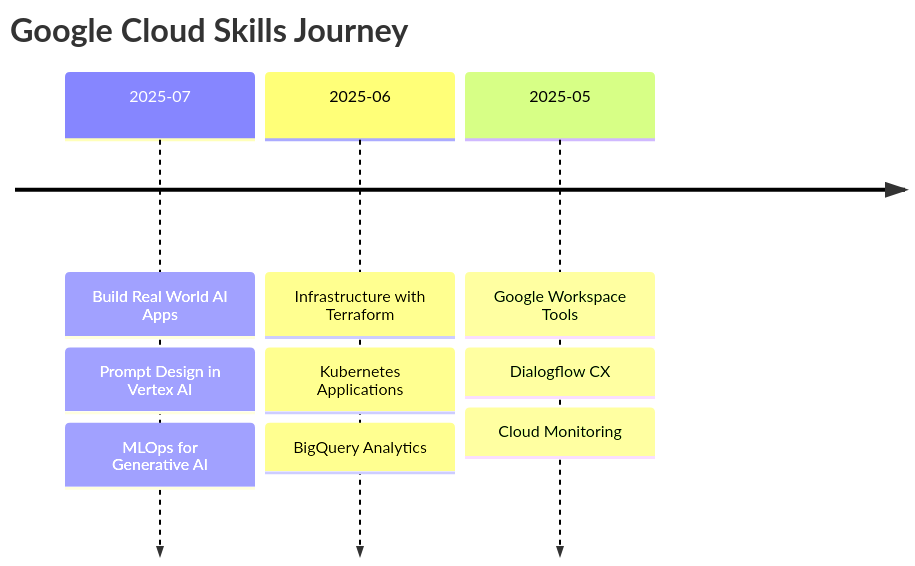
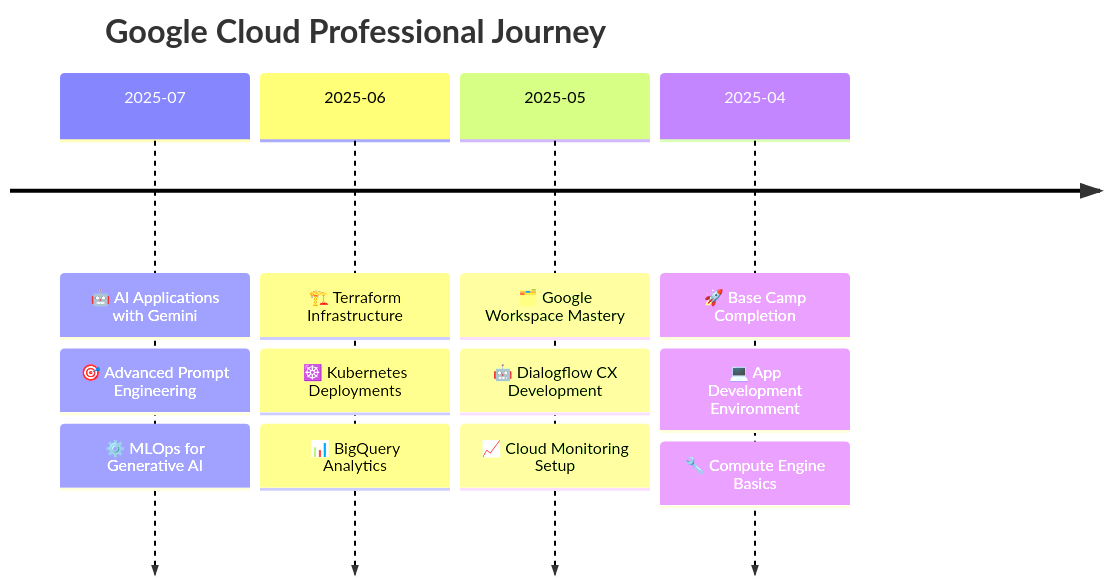
One commit to Rohan-Todkar-2003/gcp-skills-portfolio changed the diagram in README.md. Above: the diagram before and after it, drawn with Mermaid. The commit also changed other lines of this file, not shown here.

````diff
--- a/README.md
+++ b/README.md
@@ -123,16 +243,20 @@
 ```mermaid
 timeline
-    title Google Cloud Skills Journey
+    title Google Cloud Professional Journey
     
-    2025-07 : Build Real World AI Apps
-            : Prompt Design in Vertex AI
-            : MLOps for Generative AI
+    2025-07 : 🤖 AI Applications with Gemini
+            : 🎯 Advanced Prompt Engineering  
+            : ⚙️ MLOps for Generative AI
     
-    2025-06 : Infrastructure with Terraform
-            : Kubernetes Applications
-            : BigQuery Analytics
+    2025-06 : 🏗️ Terraform Infrastructure
+            : ☸️ Kubernetes Deployments
+            : 📊 BigQuery Analytics
     
-    2025-05 : Google Workspace Tools
-            : Dialogflow CX
-            : Cloud Monitoring
+    2025-05 : 🗂️ Google Workspace Mastery
+            : 🤖 Dialogflow CX Development
+            : 📈 Cloud Monitoring Setup
+    
+    2025-04 : 🚀 Base Camp Completion
+            : 💻 App Development Environment
+            : 🔧 Compute Engine Basics
 ```
````
